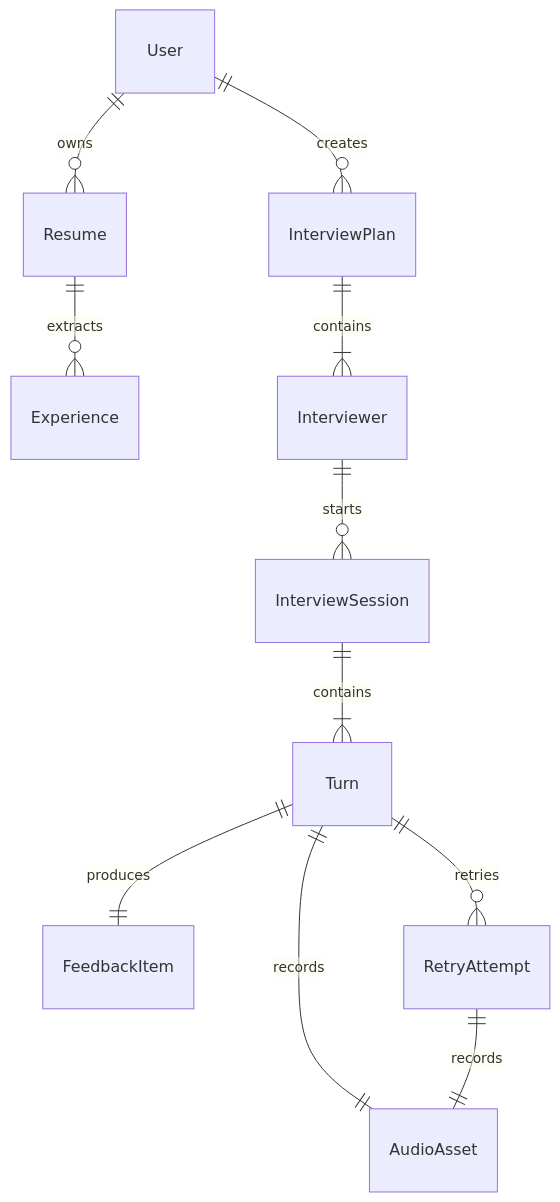
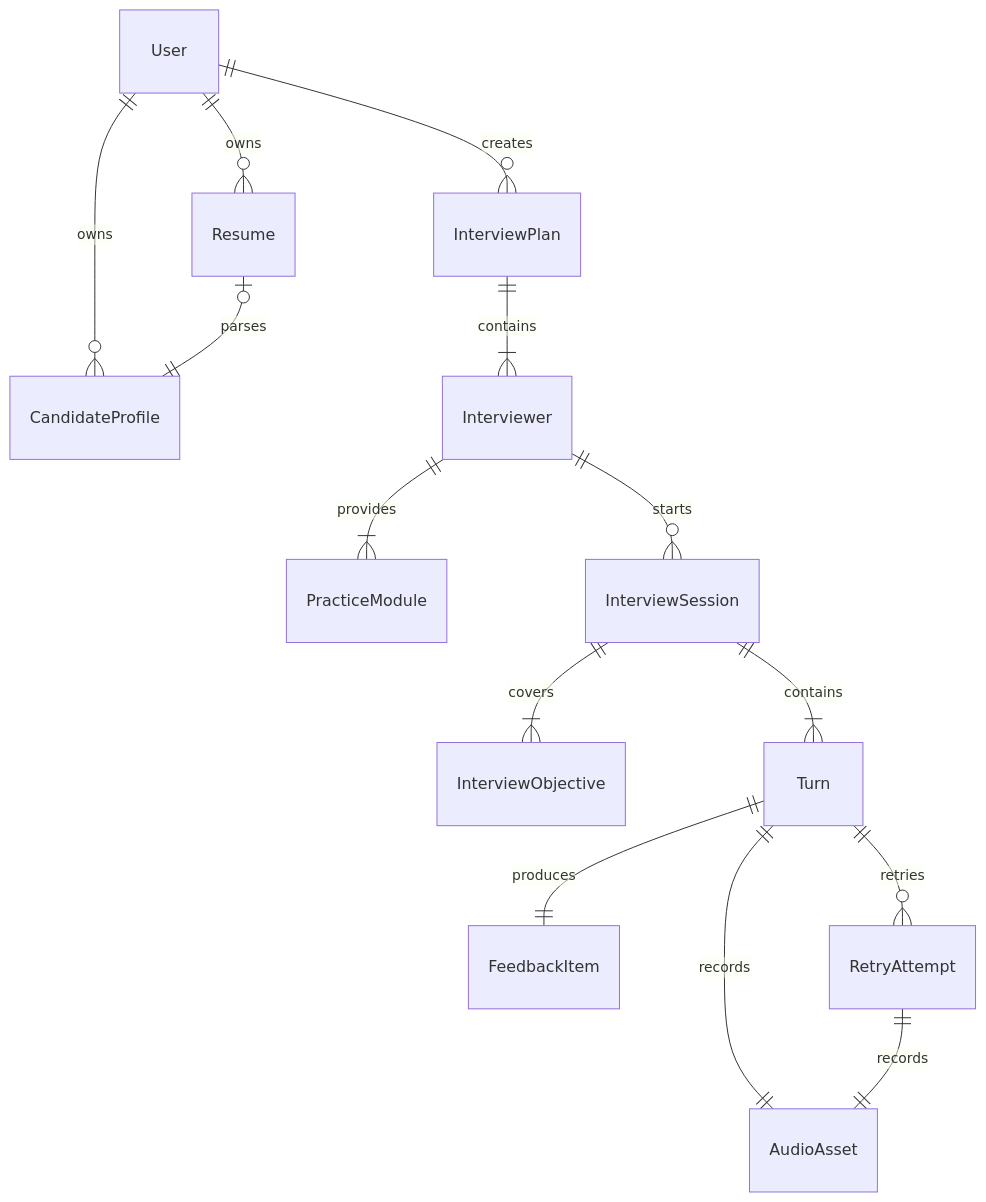
Before and after one commit to Lq0412/ai-en-coach: the first of 2 diagrams in docs/superpowers/specs/2026-07-14-ms1-interview-prd-design.md, drawn with Mermaid. The commit also changed other lines of this file and 2 other files, not shown here.

````diff
--- a/docs/superpowers/specs/2026-07-14-ms1-interview-prd-design.md
+++ b/docs/superpowers/specs/2026-07-14-ms1-interview-prd-design.md
@@ -73,13 +76,16 @@
 ```mermaid
 erDiagram
   User ||--o{ Resume : owns
-  Resume ||--o{ Experience : extracts
+  User ||--o{ CandidateProfile : owns
+  Resume o|--|| CandidateProfile : parses
   User ||--o{ InterviewPlan : creates
   InterviewPlan ||--|{ Interviewer : contains
+  Interviewer ||--|{ PracticeModule : provides
   Interviewer ||--o{ InterviewSession : starts
+  InterviewSession ||--|{ InterviewObjective : covers
   InterviewSession ||--|{ Turn : contains
   Turn ||--|| FeedbackItem : produces
   Turn ||--o{ RetryAttempt : retries
   Turn ||--|| AudioAsset : records
   RetryAttempt ||--|| AudioAsset : records
 ```
````
